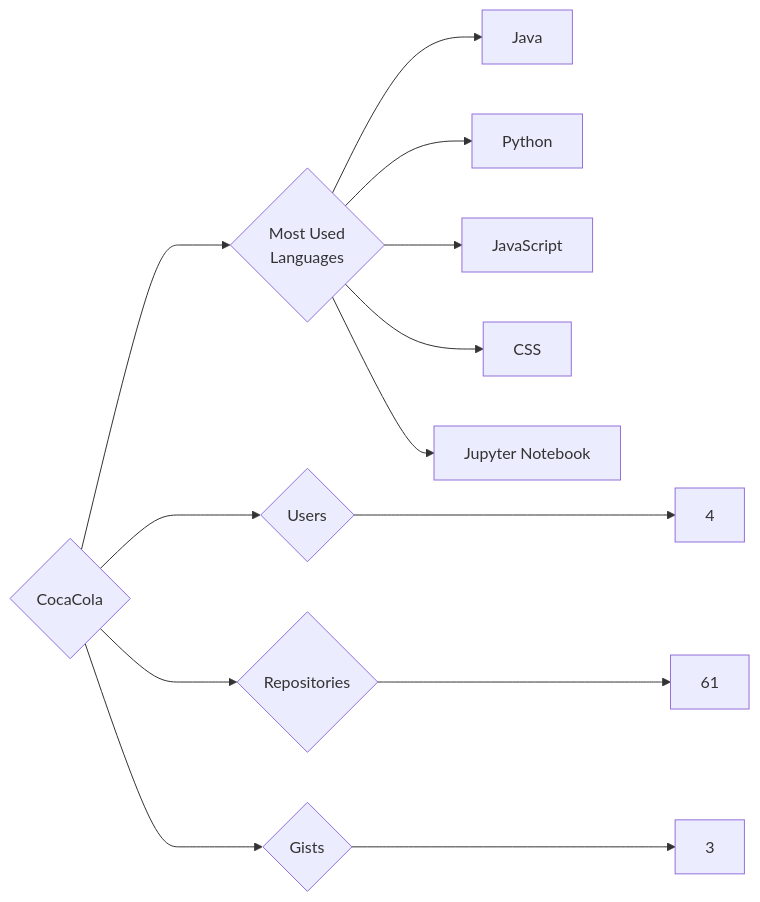
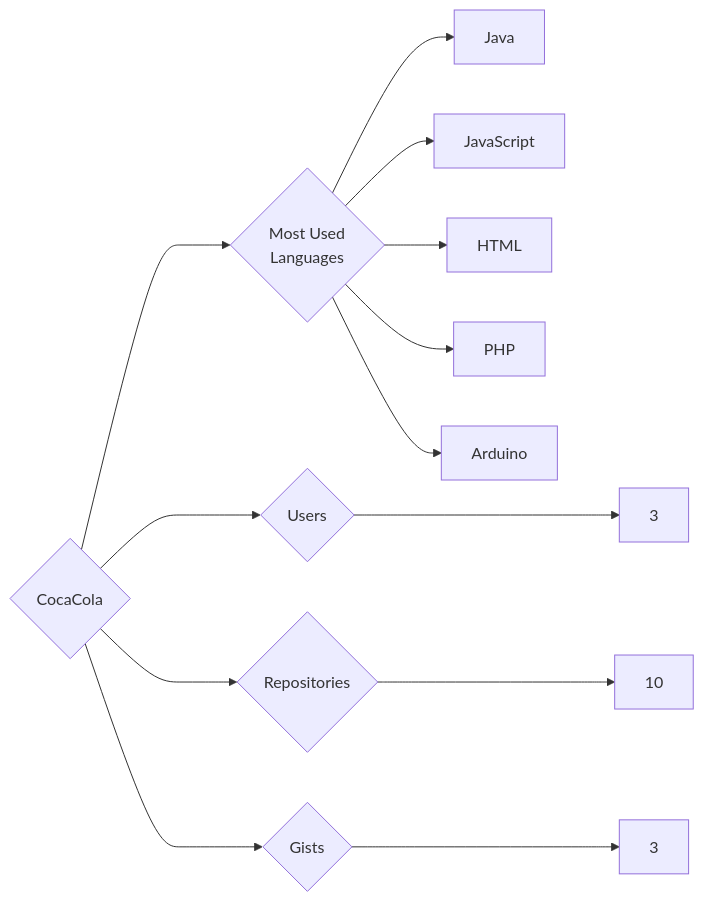
The diagram in targets/CocaCola/README.md (trickest/insiders), drawn with Mermaid before and after one commit. The commit also changed 891 other files, not shown here.

````diff
--- a/targets/CocaCola/README.md
+++ b/targets/CocaCola/README.md
@@ -3,13 +3,13 @@
 ```mermaid
 graph LR
 COMPANY_NAME{CocaCola}
-COMPANY_NAME ---> U{Users} ---> UN[4]
-COMPANY_NAME ---> R{Repositories} ---> RN[61]
+COMPANY_NAME ---> U{Users} ---> UN[3]
+COMPANY_NAME ---> R{Repositories} ---> RN[10]
 COMPANY_NAME ---> G{Gists} ---> GN[3]
 COMPANY_NAME ---> ML{Most Used<br>Languages}
 ML --> Java[Java]
-ML --> Python[Python]
 ML --> JavaScript[JavaScript]
-ML --> CSS[CSS]
-ML --> Jupyter_Notebook[Jupyter Notebook]
+ML --> HTML[HTML]
+ML --> PHP[PHP]
+ML --> Arduino[Arduino]
 ```
````
